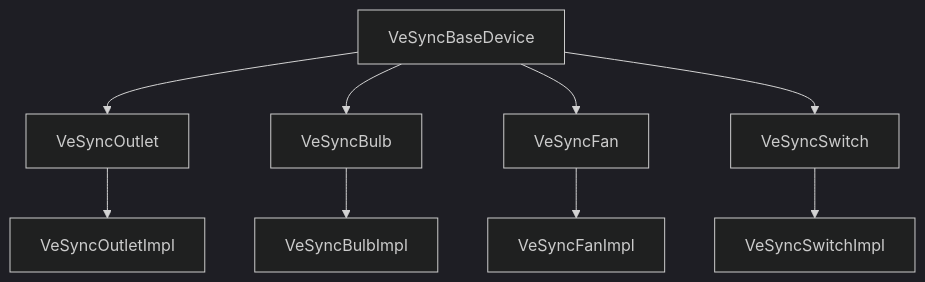
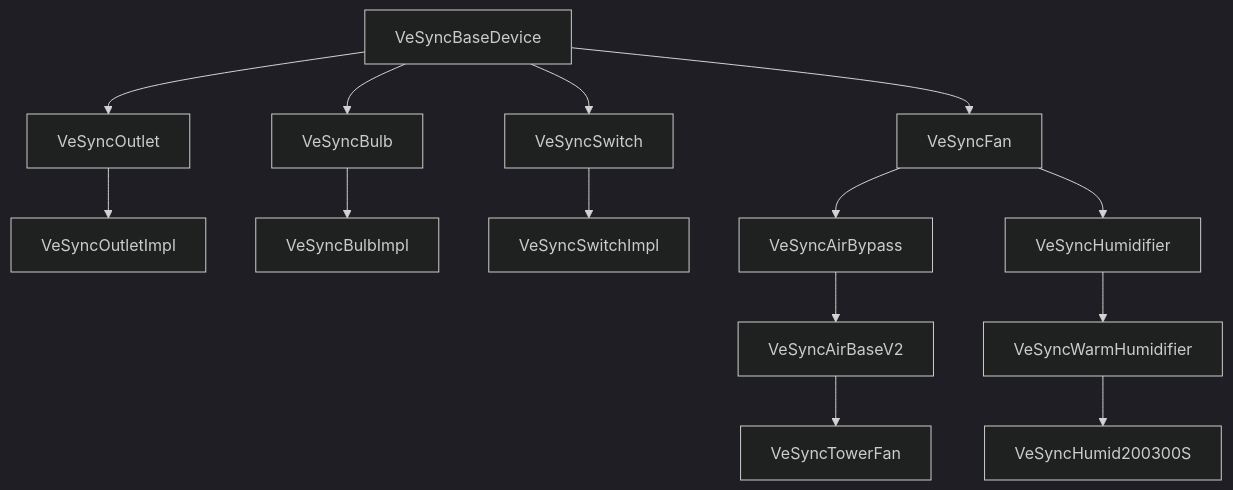
Before and after one commit to mickgiles/tsvesync: the second of 6 diagrams in memory-bank/systemPatterns.md, drawn with Mermaid (dark theme). The commit also changed other lines of this file and 15 other files, not shown here.

Commit message:
VeSyncHumid200300S

````diff
--- a/memory-bank/systemPatterns.md
+++ b/memory-bank/systemPatterns.md
@@ -31,12 +31,19 @@
 ```mermaid
 flowchart TD
     Base[VeSyncBaseDevice] --> OutletBase[VeSyncOutlet]
     Base --> BulbBase[VeSyncBulb]
     Base --> FanBase[VeSyncFan]
     Base --> SwitchBase[VeSyncSwitch]
     
     OutletBase --> OutletImpl[VeSyncOutletImpl]
     BulbBase --> BulbImpl[VeSyncBulbImpl]
-    FanBase --> FanImpl[VeSyncFanImpl]
     SwitchBase --> SwitchImpl[VeSyncSwitchImpl]
+    
+    FanBase --> AirBypass[VeSyncAirBypass]
+    AirBypass --> AirBaseV2[VeSyncAirBaseV2]
+    AirBaseV2 --> TowerFan[VeSyncTowerFan]
+    
+    FanBase --> Humidifier[VeSyncHumidifier]
+    Humidifier --> WarmHumidifier[VeSyncWarmHumidifier]
+    WarmHumidifier --> Humid200300S[VeSyncHumid200300S]
 ```
````
